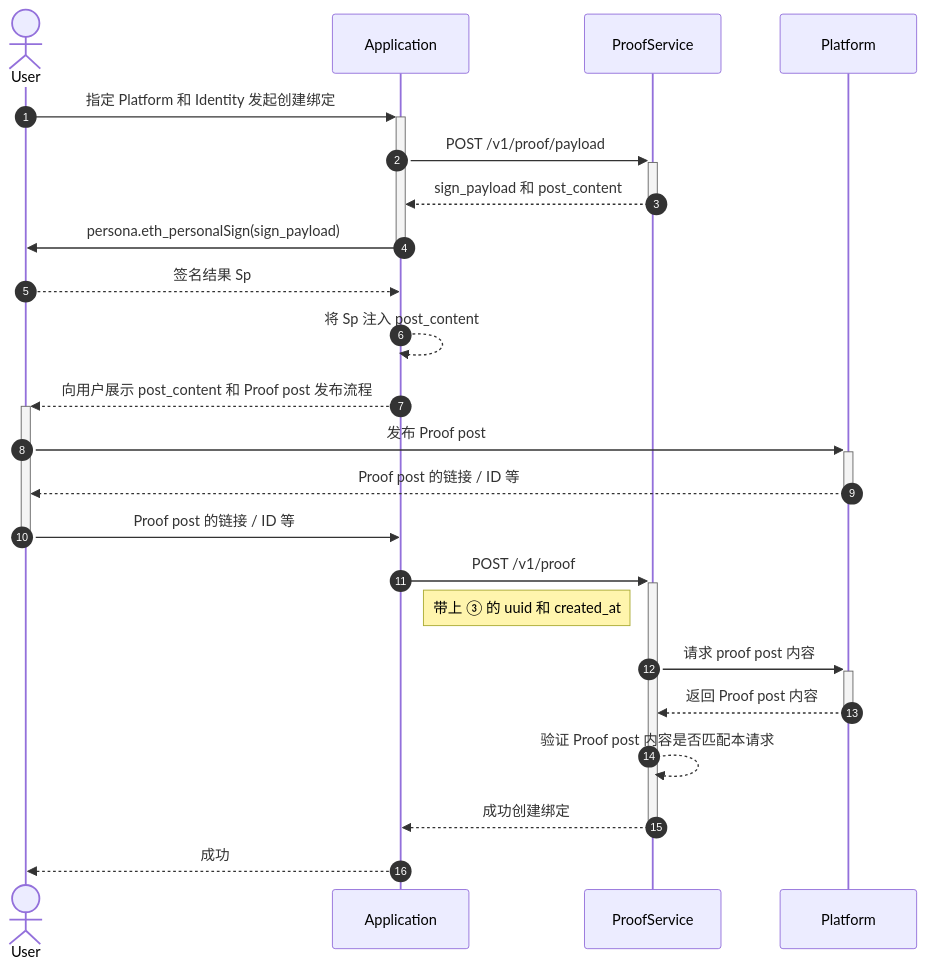
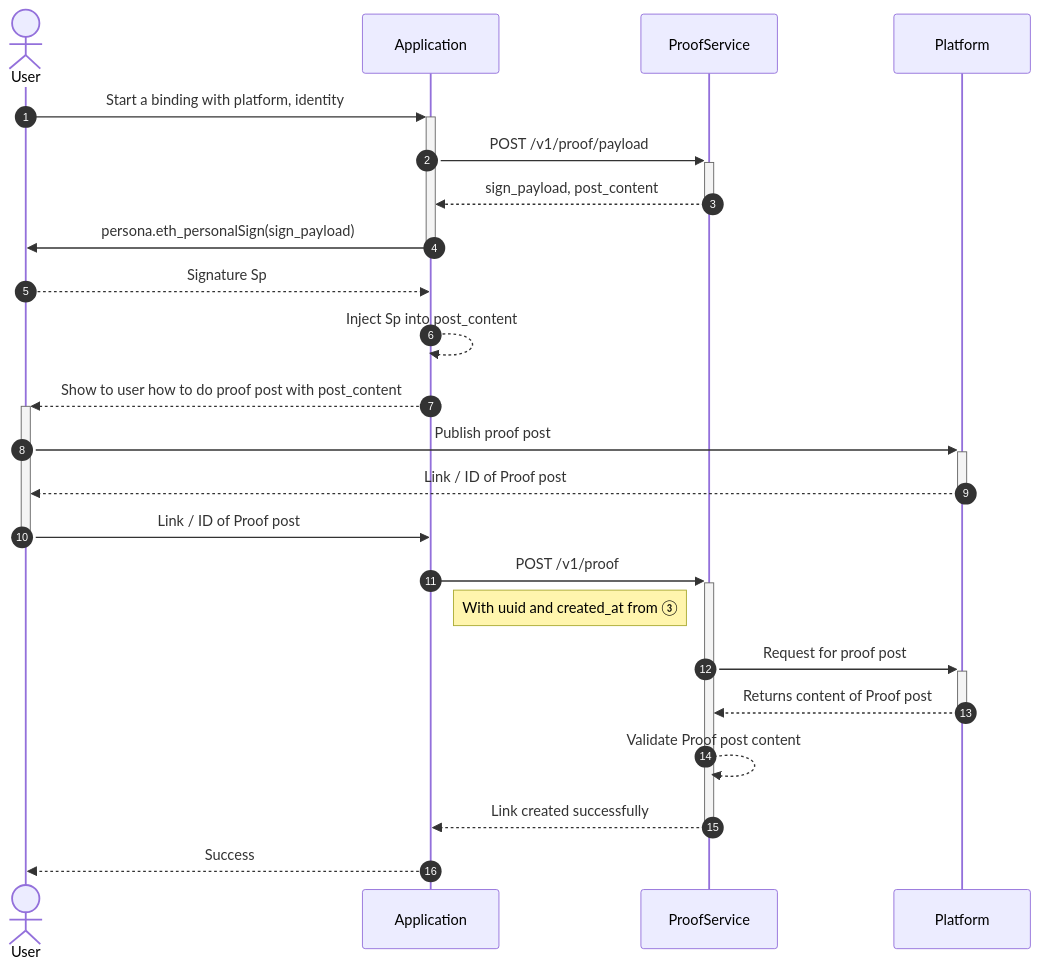
Before and after one commit to NextDotID/docs: the first of 3 diagrams in i18n/zh-Hans/docusaurus-plugin-content-docs/current/proof-service/flow.md, drawn with Mermaid. The commit also changed other lines of this file and 61 other files, not shown here.

````diff
--- a/i18n/zh-Hans/docusaurus-plugin-content-docs/current/proof-service/flow.md
+++ b/i18n/zh-Hans/docusaurus-plugin-content-docs/current/proof-service/flow.md
@@ -15,26 +15,26 @@
 ```mermaid
 sequenceDiagram
     autonumber
     actor U as User
     participant A as Application
     participant PS as ProofService
     participant P as Platform
 
-    U ->>+ A : 指定 Platform 和 Identity 发起创建绑定
+    U ->>+ A : Start a binding with platform, identity
     A ->>+ PS : POST /v1/proof/payload
-    PS -->>- A : sign_payload 和 post_content
+    PS -->>- A : sign_payload, post_content
     A ->>- U : persona.eth_personalSign(sign_payload)
-    U -->> A : 签名结果 Sp
-    A -->> A : 将 Sp 注入 post_content
-    A -->>+ U : 向用户展示 post_content 和 Proof post 发布流程
-    U ->>+ P : 发布 Proof post
-    P -->>- U : Proof post 的链接 / ID 等
-    U ->>- A : Proof post 的链接 / ID 等
+    U -->> A : Signature Sp
+    A -->> A : Inject Sp into post_content
+    A -->>+ U : Show to user how to do proof post with post_content
+    U ->>+ P : Publish proof post
+    P -->>- U : Link / ID of Proof post
+    U ->>- A : Link / ID of Proof post
     A ->>+ PS : POST /v1/proof
-    note right of A : 带上 ③ 的 uuid 和 created_at
-    PS ->>+ P : 请求 proof post 内容
-    P -->>- PS : 返回 Proof post 内容
-    PS -->> PS : 验证 Proof post 内容是否匹配本请求
-    PS -->>- A : 成功创建绑定
-    A -->> U : 成功
+    note right of A : With uuid and created_at from ③
+    PS ->>+ P : Request for proof post
+    P -->>- PS : Returns content of Proof post
+    PS -->> PS : Validate Proof post content
+    PS -->>- A : Link created successfully
+    A -->> U : Success
 ```
````
